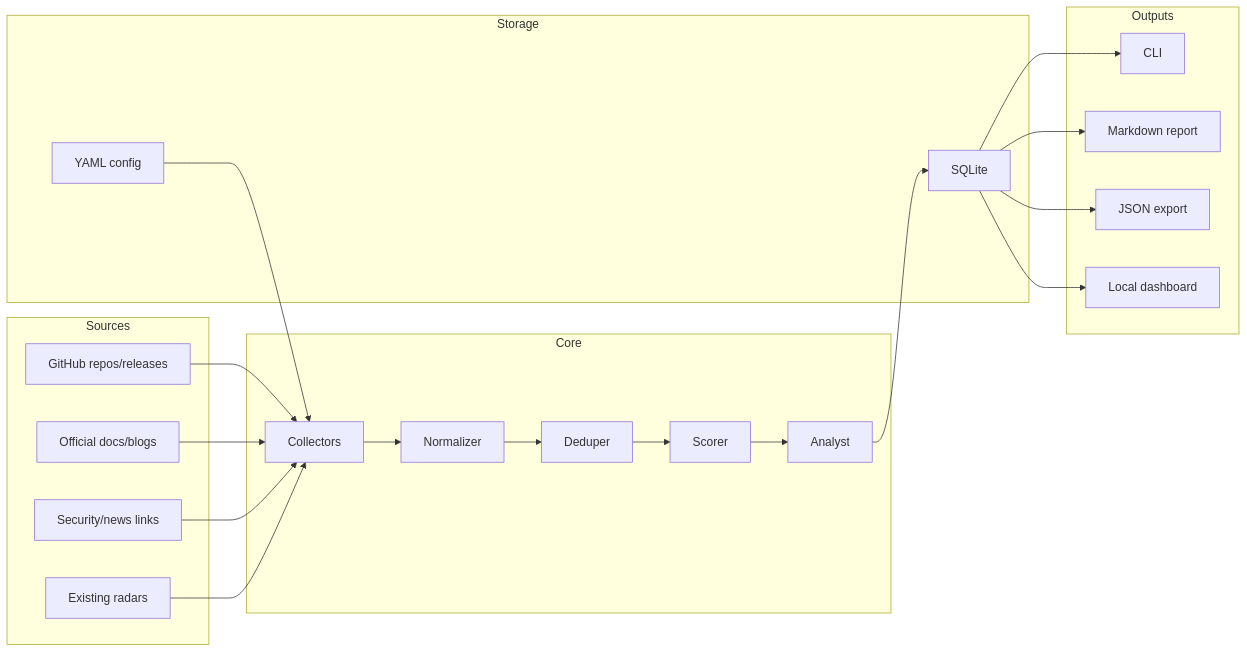
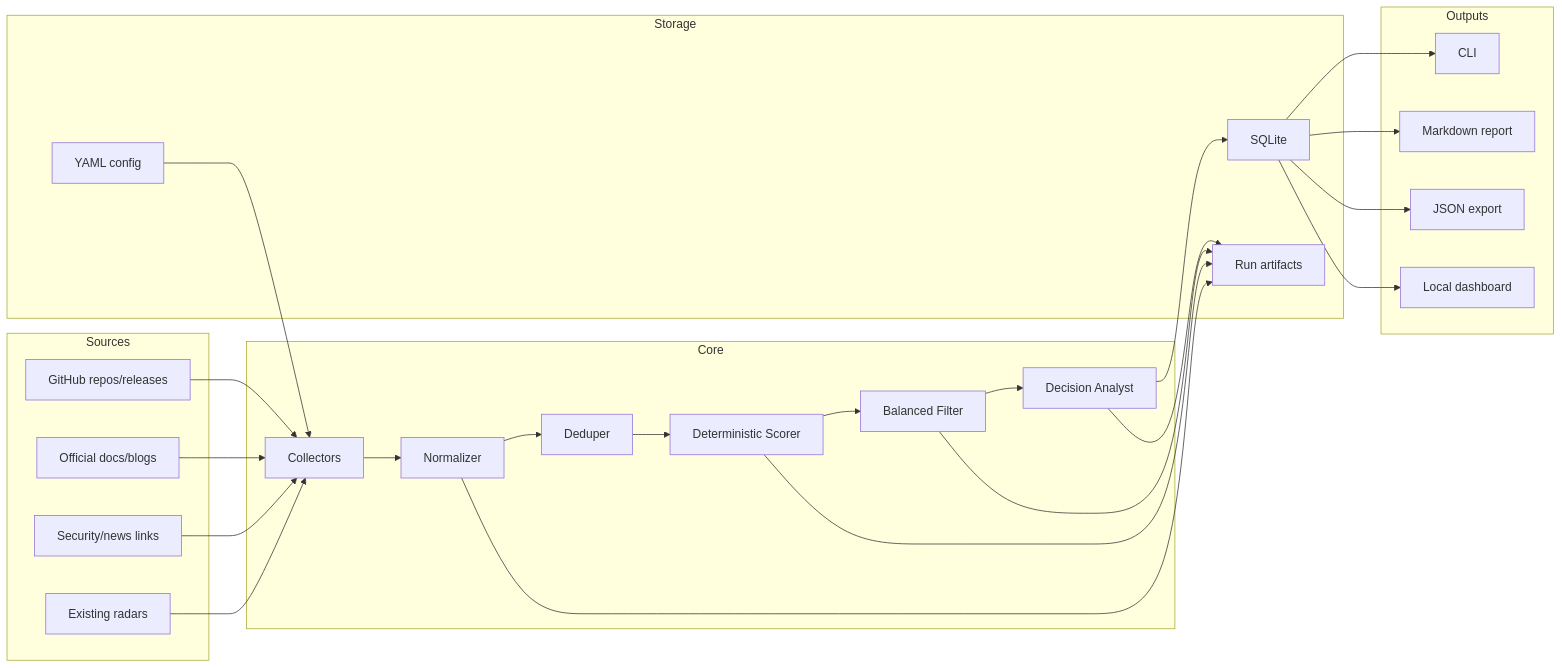
Before and after one commit to ekaynac/onprem-ai-adoption-radar: the diagram in docs/superpowers/specs/2026-06-10-agent-tooling-adoption-radar-design.md, drawn with Mermaid. The commit also changed other lines of this file, not shown here.

Commit message:
docs: incorporate Horizon architecture review

````diff
--- a/docs/superpowers/specs/2026-06-10-agent-tooling-adoption-radar-design.md
+++ b/docs/superpowers/specs/2026-06-10-agent-tooling-adoption-radar-design.md
@@ -235,40 +344,46 @@
 ```mermaid
 flowchart LR
     subgraph Sources
         GH["GitHub repos/releases"]
         DOCS["Official docs/blogs"]
         SEC["Security/news links"]
         RAD["Existing radars"]
     end
 
     subgraph Core
         COL["Collectors"]
         NOR["Normalizer"]
         DED["Deduper"]
-        SCO["Scorer"]
-        ANA["Analyst"]
+        SCO["Deterministic Scorer"]
+        FIL["Balanced Filter"]
+        ANA["Decision Analyst"]
     end
 
     subgraph Storage
         DB["SQLite"]
         CFG["YAML config"]
+        RUN["Run artifacts"]
     end
 
     subgraph Outputs
         CLI["CLI"]
         MD["Markdown report"]
         JSON["JSON export"]
         WEB["Local dashboard"]
     end
 
     GH --> COL
     DOCS --> COL
     SEC --> COL
     RAD --> COL
     CFG --> COL
-    COL --> NOR --> DED --> SCO --> ANA --> DB
+    COL --> NOR --> DED --> SCO --> FIL --> ANA --> DB
+    NOR --> RUN
+    SCO --> RUN
+    FIL --> RUN
+    ANA --> RUN
     DB --> CLI
     DB --> MD
     DB --> JSON
     DB --> WEB
 ```
````
